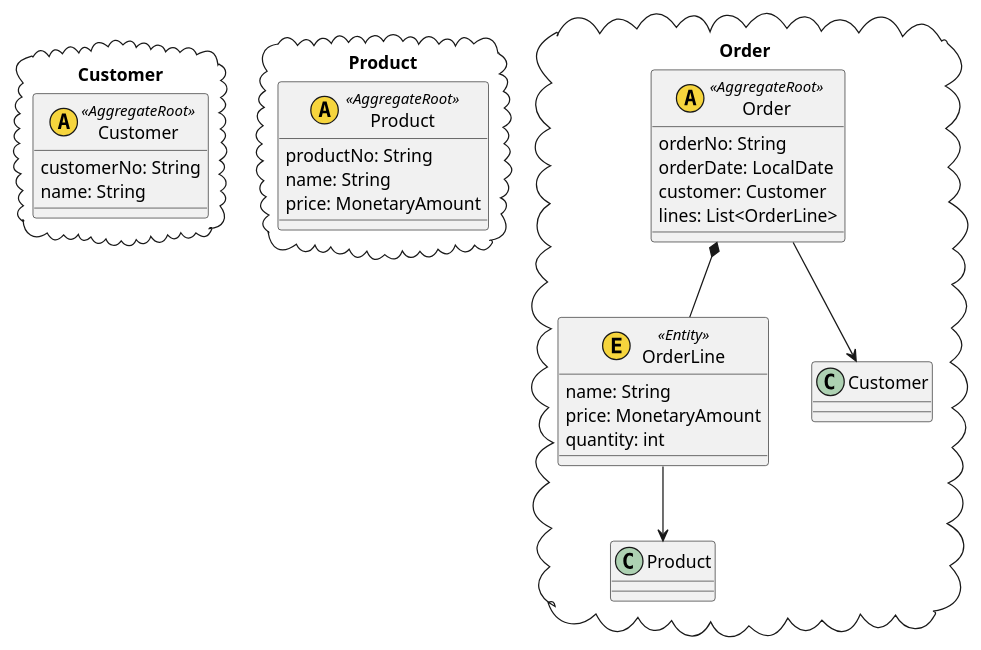
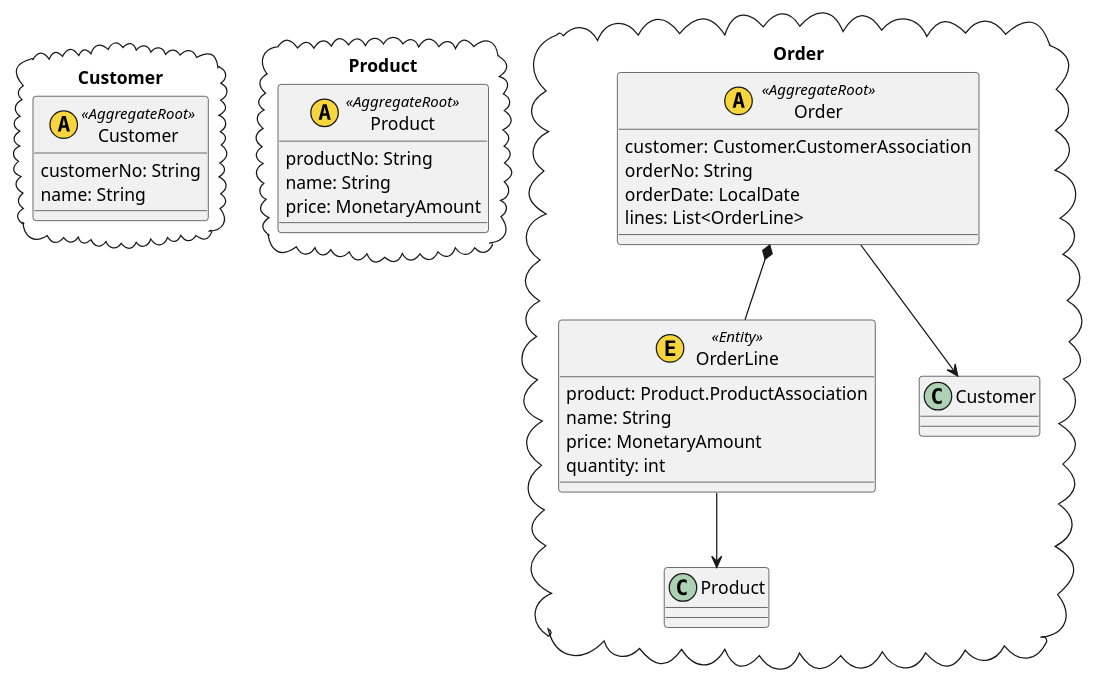
The diagram in domain-model-aggregates.puml (kiyotake-tagbangers/ddd-playground), drawn with PlantUML before and after one commit.

Commit message:
update domain model

```diff
--- a/domain-model-aggregates.puml
+++ b/domain-model-aggregates.puml
@@ -1,42 +1,43 @@
 @startuml
 
 package Customer <<Cloud>> {
     class Customer << (A,#f6d53d) AggregateRoot >> {
         customerNo: String
         name: String
     }
 }
 package Product <<Cloud>> {
     class Product << (A,#f6d53d) AggregateRoot >> {
         productNo: String
         name: String
         price: MonetaryAmount
     }
 }
 package Order <<Cloud>> {
     class Order << (A,#f6d53d) AggregateRoot >> {
+        customer: Customer.CustomerAssociation
         orderNo: String
         orderDate: LocalDate
-        customer: Customer
         lines: List<OrderLine>
     }
     class OrderLine << (E,#f6d53d) Entity >>  {
+        product: Product.ProductAssociation
         name: String
         price: MonetaryAmount
         quantity: int
     }
     Order --> Customer
     Order *-- OrderLine
     OrderLine --> Product
 }
 
 'Admin "1" -u-> "n" Vote : association
 'Admin "1" -u-> "n" Decision : association
 'Admin "1" -u-> "n" Comment : association
 '
 'Application "1" *-- "n" Vote : aggregation
 'Application "1" *-- "1" Decision : aggregation
 'Application "1" --> "n" Comment : association
 'Application "1" --> "n" Attachment : association
 
 @enduml
```
